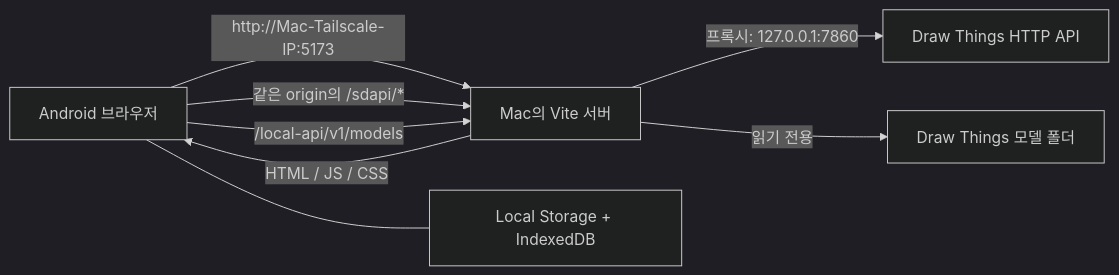
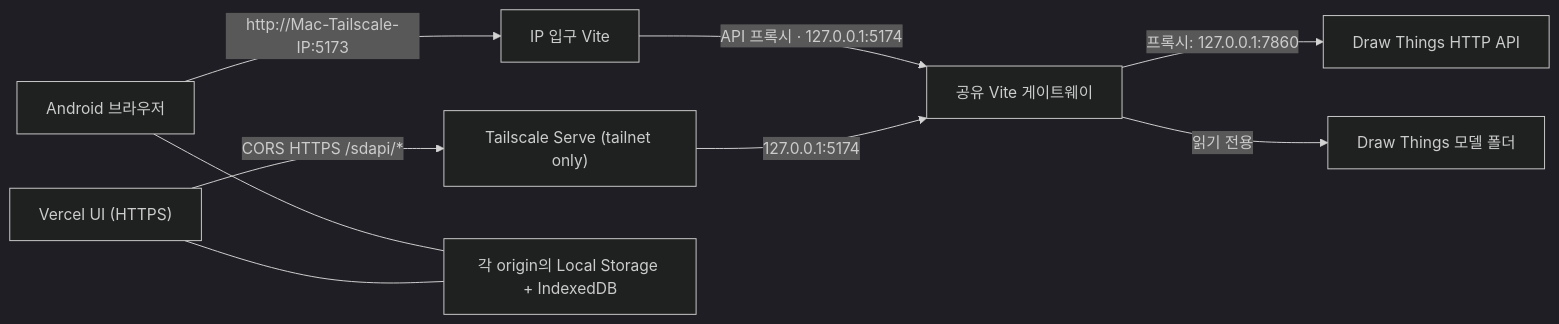
The diagram in README.md (hyuck0221/draw-things-web), drawn with Mermaid (dark theme) before and after one commit. The commit also changed other lines of this file and 13 other files, not shown here.

Commit message:
feat: connect Vercel UI through Tailscale HTTPS

````diff
--- a/README.md
+++ b/README.md
@@ -9,10 +9,11 @@
 ```mermaid
 flowchart LR
-    A["Android 브라우저"] -->|"http://Mac-Tailscale-IP:5173"| V["Mac의 Vite 서버"]
-    V -->|"HTML / JS / CSS"| A
-    A -->|"같은 origin의 /sdapi/*"| V
+    A["Android 브라우저"] -->|"http://Mac-Tailscale-IP:5173"| I["IP 입구 Vite"]
+    I -->|"API 프록시 · 127.0.0.1:5174"| V["공유 Vite 게이트웨이"]
+    P["Vercel UI (HTTPS)"] -->|"CORS HTTPS /sdapi/*"| T["Tailscale Serve (tailnet only)"]
+    T -->|"127.0.0.1:5174"| V
     V -->|"프록시: 127.0.0.1:7860"| D["Draw Things HTTP API"]
-    A -->|"/local-api/v1/models"| V
     V -->|"읽기 전용"| M["Draw Things 모델 폴더"]
-    A --- L["Local Storage + IndexedDB"]
+    A --- L["각 origin의 Local Storage + IndexedDB"]
+    P --- L
 ```
````
